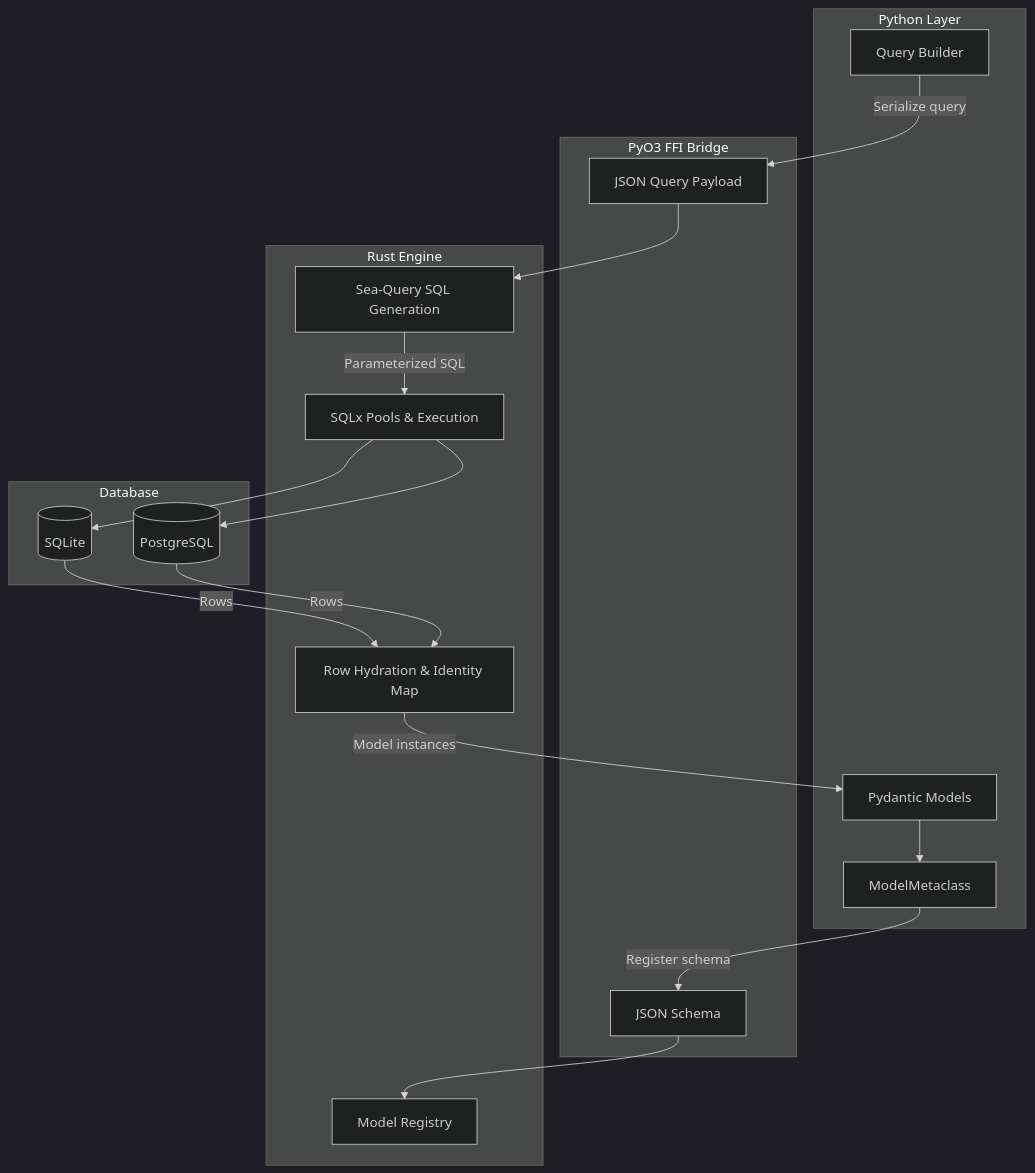
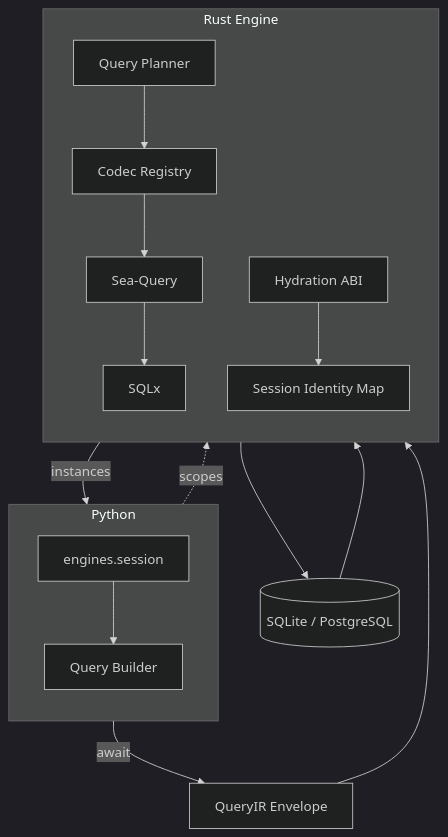
One commit to syn54x/ferro-orm changed the second of 4 diagrams in docs/pages/concepts/architecture.md. Above: the diagram before and after it, drawn with Mermaid (dark theme). The commit also changed other lines of this file and 75 other files, not shown here.

First line of the commit message:
feat: IR-first architecture program (Phases 0–7) (#116)

````diff
--- a/docs/pages/concepts/architecture.md
+++ b/docs/pages/concepts/architecture.md
@@ -7,38 +47,30 @@
 ```mermaid
 graph TB
-    subgraph python [Python Layer]
-        Models[Pydantic Models]
-        Metaclass[ModelMetaclass]
-        QueryBuilder[Query Builder]
+    subgraph python [Python]
+        direction TB
+        Session[engines.session]
+        Builder[Query Builder]
+        Session --> Builder
     end
 
-    subgraph bridge [PyO3 FFI Bridge]
-        Schema[JSON Schema]
-        Payload[JSON Query Payload]
+    Builder -->|await| QueryIR[QueryIR Envelope]
+
+    QueryIR --> Planner
+
+    subgraph rust [Rust Engine]
+        direction TB
+        Planner[Query Planner]
+        Codec[Codec Registry]
+        SeaQuery[Sea-Query]
+        SQLx[SQLx]
+        Hydration[Hydration ABI]
+        IdentityMap[Session Identity Map]
+        Planner --> Codec --> SeaQuery --> SQLx
+        Hydration --> IdentityMap
     end
 
-    subgraph rust [Rust Engine]
-        Registry[Model Registry]
-        SeaQuery[Sea-Query SQL Generation]
-        SQLx[SQLx Pools & Execution]
-        Hydration[Row Hydration & Identity Map]
-    end
-
-    subgraph db [Database]
-        SQLite[(SQLite)]
-        Postgres[(PostgreSQL)]
-    end
-
-    Models --> Metaclass
-    Metaclass -->|Register schema| Schema
-    Schema --> Registry
-
-    QueryBuilder -->|Serialize query| Payload
-    Payload --> SeaQuery
-    SeaQuery -->|Parameterized SQL| SQLx
-    SQLx --> SQLite
-    SQLx --> Postgres
-    SQLite -->|Rows| Hydration
-    Postgres -->|Rows| Hydration
-    Hydration -->|Model instances| Models
+    SQLx --> DB[(SQLite / PostgreSQL)]
+    DB --> Hydration
+    IdentityMap -->|instances| Builder
+    Session -.->|scopes| IdentityMap
 ```
````
